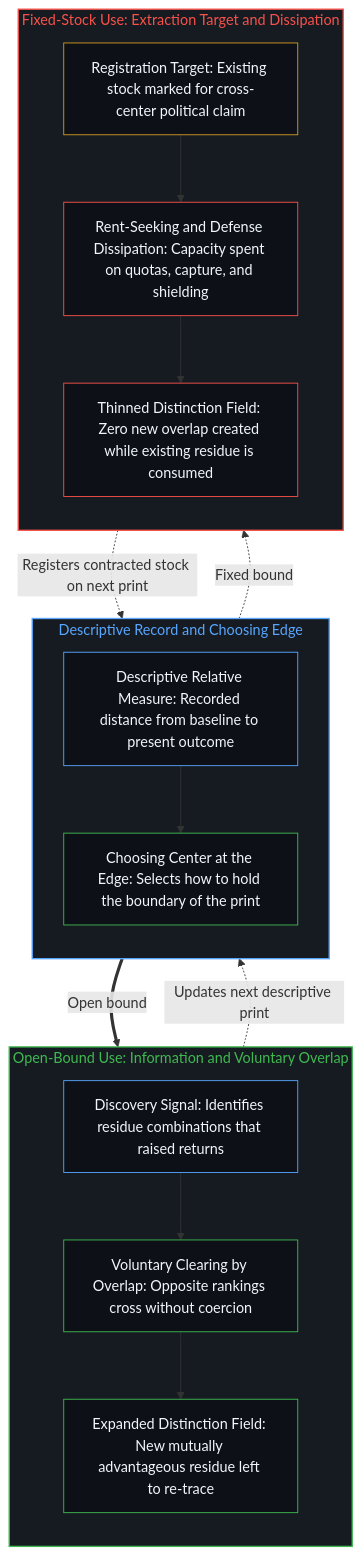
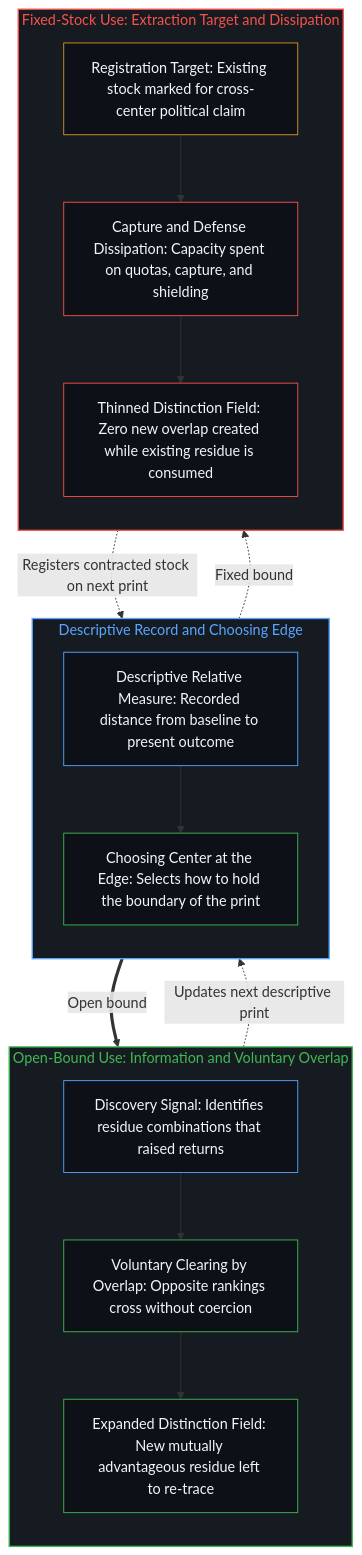
The second of 4 diagrams in content/posts/inheritance-as-residue-and-the-need-for-extraction.md (powerpig99/not-a-toe), drawn with Mermaid before and after one commit. The commit also changed other lines of this file and 24 other files, not shown here.

````diff
--- a/content/posts/inheritance-as-residue-and-the-need-for-extraction.md
+++ b/content/posts/inheritance-as-residue-and-the-need-for-extraction.md
@@ -72,38 +72,38 @@
 ```mermaid
 flowchart TD
     subgraph S_Meas["Descriptive Record and Choosing Edge"]
         direction TB
         M1["Descriptive Relative Measure: Recorded distance from baseline to present outcome"]
         M2["Choosing Center at the Edge: Selects how to hold the boundary of the print"]
         M1 --> M2
     end
     subgraph S_Open["Open-Bound Use: Information and Voluntary Overlap"]
         direction TB
         O1["Discovery Signal: Identifies residue combinations that raised returns"]
         O2["Voluntary Clearing by Overlap: Opposite rankings cross without coercion"]
         O3["Expanded Distinction Field: New mutually advantageous residue left to re-trace"]
         O1 --> O2 --> O3
     end
     subgraph S_Fixed["Fixed-Stock Use: Extraction Target and Dissipation"]
         direction TB
         F1["Registration Target: Existing stock marked for cross-center political claim"]
-        F2["Rent-Seeking and Defense Dissipation: Capacity spent on quotas, capture, and shielding"]
+        F2["Capture and Defense Dissipation: Capacity spent on quotas, capture, and shielding"]
         F3["Thinned Distinction Field: Zero new overlap created while existing residue is consumed"]
         F1 --> F2 --> F3
     end
     M2 ==>|"Open bound"| O1
     M2 -.->|"Fixed bound"| F1
     O3 -.->|"Updates next descriptive print"| M1
     F3 -.->|"Registers contracted stock on next print"| M1
     style S_Meas fill:#161b22,stroke:#58a6ff,stroke-width:1.5px,color:#58a6ff
     style S_Open fill:#161b22,stroke:#3fb950,stroke-width:1.5px,color:#3fb950
     style S_Fixed fill:#161b22,stroke:#f85149,stroke-width:1.5px,color:#f85149
     style M1 fill:#0d1117,stroke:#58a6ff,stroke-width:1px,color:#f0f6fc
     style M2 fill:#0d1117,stroke:#3fb950,stroke-width:1px,color:#f0f6fc
     style O1 fill:#0d1117,stroke:#58a6ff,stroke-width:1px,color:#f0f6fc
     style O2 fill:#0d1117,stroke:#3fb950,stroke-width:1px,color:#f0f6fc
     style O3 fill:#0d1117,stroke:#3fb950,stroke-width:1px,color:#f0f6fc
     style F1 fill:#0d1117,stroke:#d29922,stroke-width:1px,color:#f0f6fc
     style F2 fill:#0d1117,stroke:#f85149,stroke-width:1px,color:#f0f6fc
     style F3 fill:#0d1117,stroke:#f85149,stroke-width:1px,color:#f0f6fc
 ```
````
